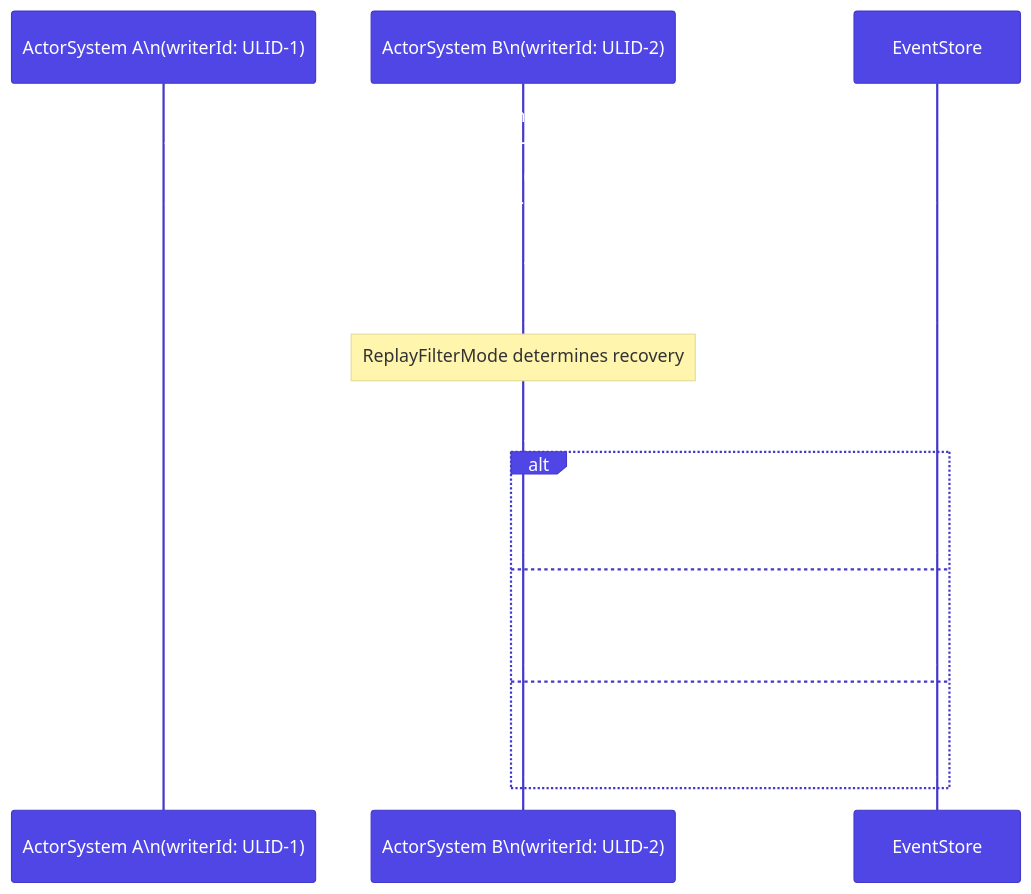
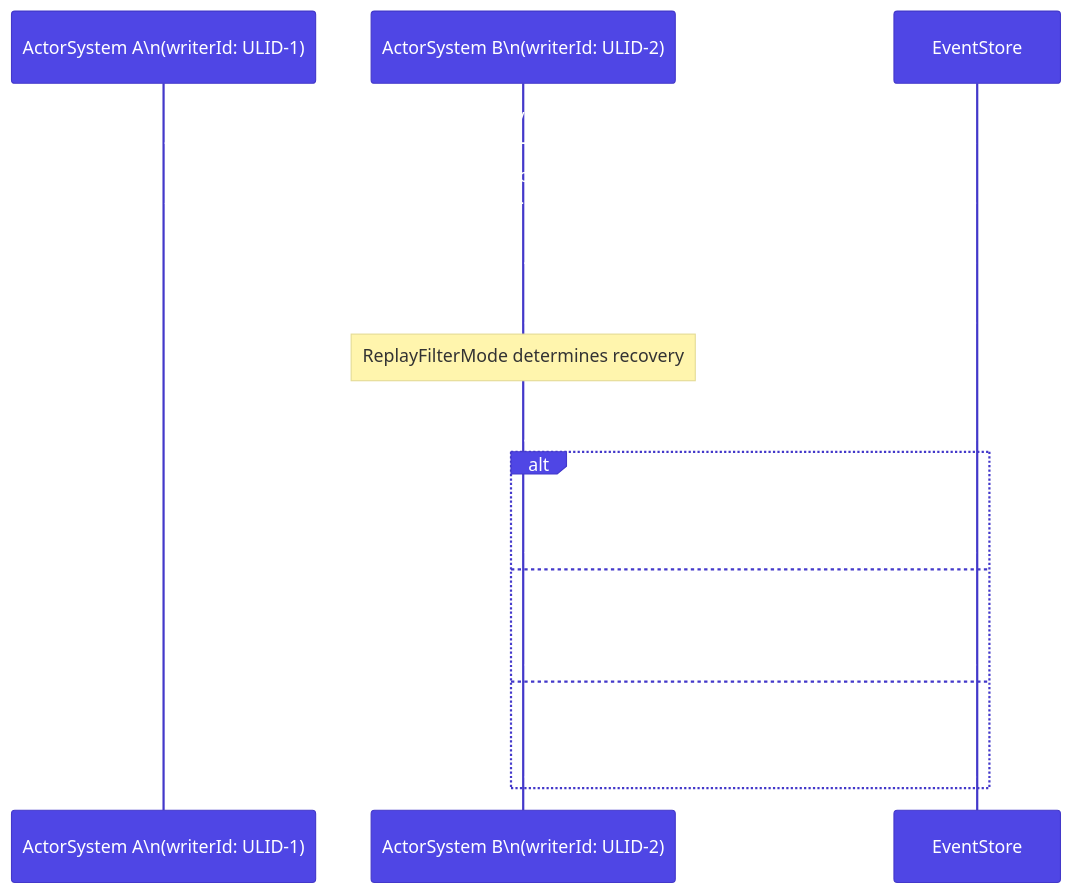
One commit to nexus-actors/nexus changed the third of 4 diagrams in website/docs/persistence/overview.md. Above: the diagram before and after it, drawn with Mermaid. The commit also changed other lines of this file and 50 other files, not shown here.

````diff
--- a/website/docs/persistence/overview.md
+++ b/website/docs/persistence/overview.md
@@ -78,22 +82,22 @@
 ```mermaid
 %%{init: {"theme": "base", "themeVariables": {"primaryColor": "#4f46e5", "primaryTextColor": "#fff", "primaryBorderColor": "#4338ca", "lineColor": "#6366f1", "secondaryColor": "#f0f0ff", "tertiaryColor": "#fff"}}}%%
 sequenceDiagram
     participant S1 as ActorSystem A\n(writerId: ULID-1)
     participant S2 as ActorSystem B\n(writerId: ULID-2)
     participant ES as EventStore
 
     S1->>ES: append(event, writerId=ULID-1)
     ES-->>S1: ok (seqNr=5)
     S2->>ES: append(event, writerId=ULID-2)
     ES-->>S2: WriterConflictException
 
     Note over S2: ReplayFilterMode determines recovery
     S2->>ES: loadEvents(persistenceId)
-    alt Fail (default)
-        ES-->>S2: RecoveryException on interleaved writer
+    alt Fail
+        ES-->>S2: WriterConflictException on interleaved writer
     else RepairByDiscardOld
         ES-->>S2: only ULID-2 events returned
     else Warn
         ES-->>S2: all events + warning logged
     end
 ```
````
